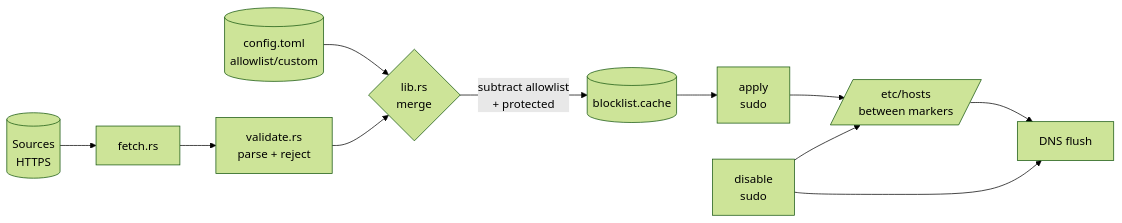
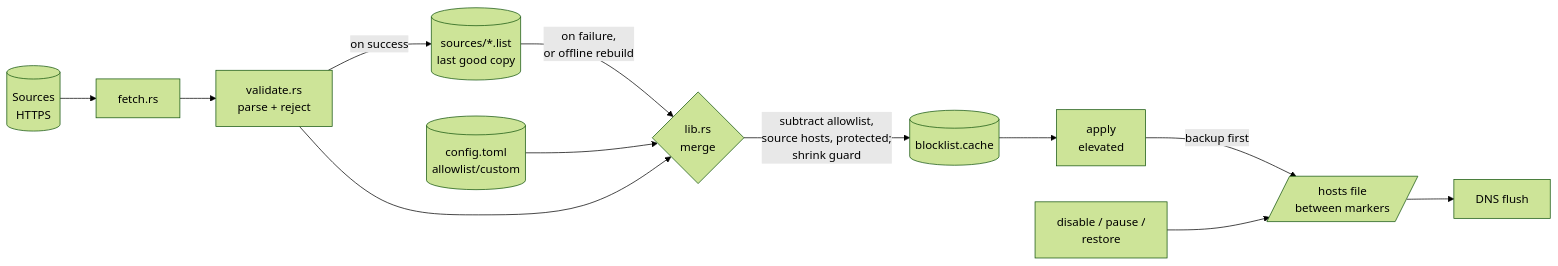
Before and after one commit to ThuoBrian/lime-ad-blocker: the diagram in ARCHITECTURE.md, drawn with Mermaid (forest theme). The commit also changed other lines of this file and 3 other files, not shown here.

````diff
--- a/ARCHITECTURE.md
+++ b/ARCHITECTURE.md
@@ -40,13 +60,14 @@
 ```mermaid
 flowchart LR
     S[(Sources<br/>HTTPS)] --> F[fetch.rs]
     F --> V[validate.rs<br/>parse + reject]
+    V -->|on success| Snap[(sources/*.list<br/>last good copy)]
+    Snap -->|on failure,<br/>or offline rebuild| M
     Cfg[(config.toml<br/>allowlist/custom)] --> M
     V --> M{lib.rs<br/>merge}
-    M -->|subtract allowlist<br/>+ protected| Cache[(blocklist.cache)]
-    Cache --> A[apply<br/>sudo]
-    A --> H[/etc/hosts<br/>between markers/]
+    M -->|subtract allowlist,<br/>source hosts, protected;<br/>shrink guard| Cache[(blocklist.cache)]
+    Cache --> A[apply<br/>elevated]
+    A -->|backup first| H[/hosts file<br/>between markers/]
     H --> DNS[DNS flush]
-    A2[disable<br/>sudo] --> H
-    A2 --> DNS
+    A2[disable / pause /<br/>restore] --> H
 ```
````
